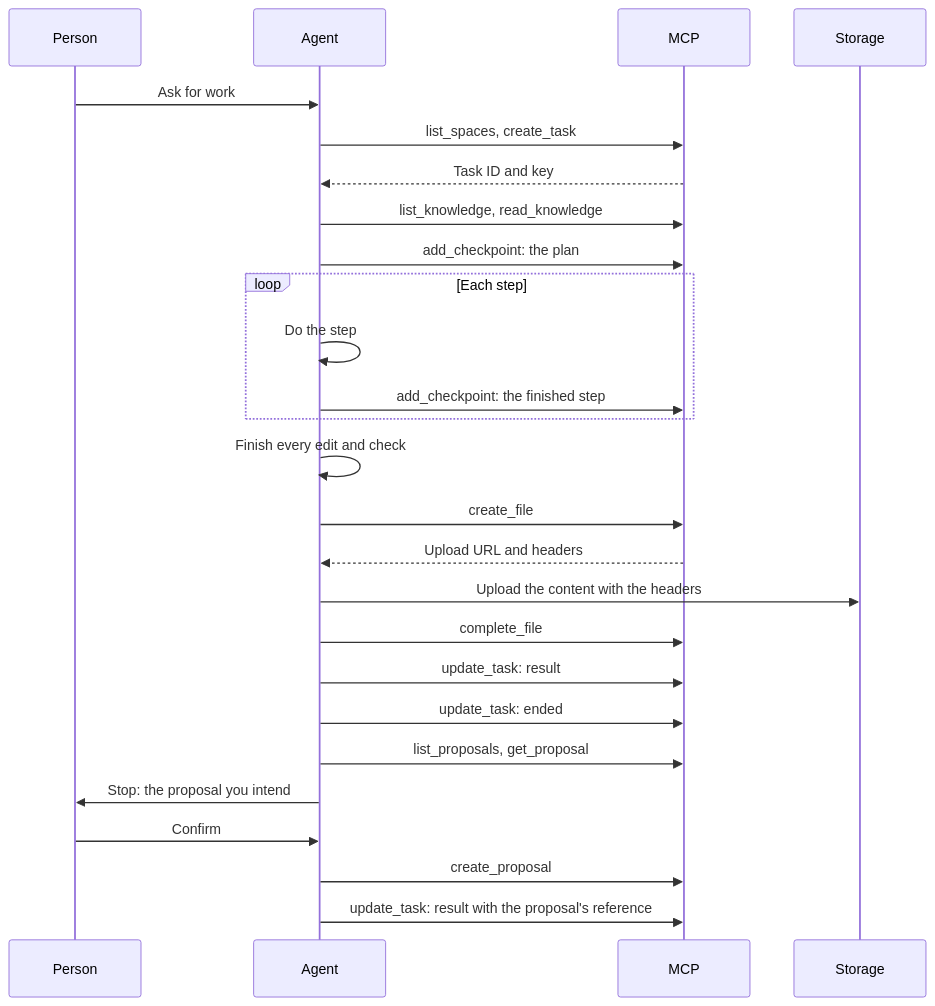
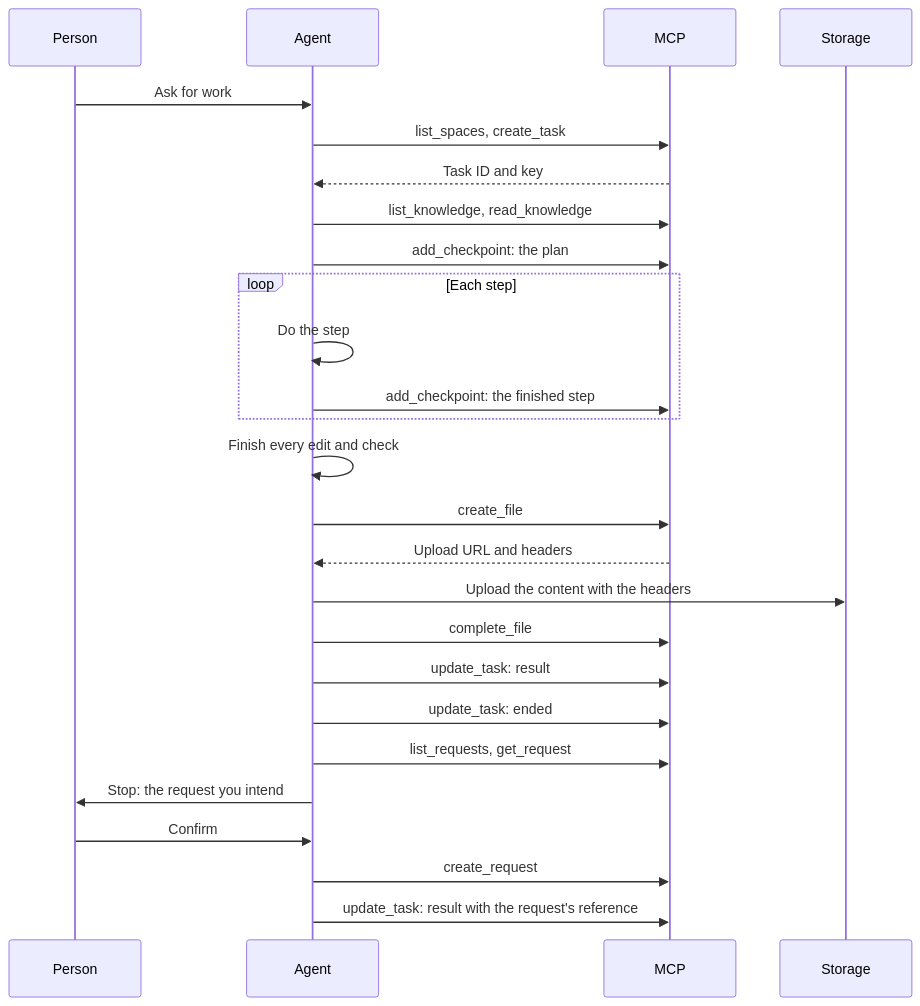
One commit to lorebayai/lorebay changed the diagram in lib/docs/contracts/agent-rules.md. Above: the diagram before and after it, drawn with Mermaid. The commit also changed other lines of this file and 74 other files, not shown here.

First line of the commit message:
refactor(requests): rename proposals to requests in every layer (#193)

````diff
--- a/lib/docs/contracts/agent-rules.md
+++ b/lib/docs/contracts/agent-rules.md
@@ -70,24 +70,24 @@
 ```mermaid
 sequenceDiagram
     Person->>Agent: Ask for work
     Agent->>MCP: list_spaces, create_task
     MCP-->>Agent: Task ID and key
     Agent->>MCP: list_knowledge, read_knowledge
     Agent->>MCP: add_checkpoint: the plan
     loop Each step
         Agent->>Agent: Do the step
         Agent->>MCP: add_checkpoint: the finished step
     end
     Agent->>Agent: Finish every edit and check
     Agent->>MCP: create_file
     MCP-->>Agent: Upload URL and headers
     Agent->>Storage: Upload the content with the headers
     Agent->>MCP: complete_file
     Agent->>MCP: update_task: result
     Agent->>MCP: update_task: ended
-    Agent->>MCP: list_proposals, get_proposal
-    Agent->>Person: Stop: the proposal you intend
+    Agent->>MCP: list_requests, get_request
+    Agent->>Person: Stop: the request you intend
     Person->>Agent: Confirm
-    Agent->>MCP: create_proposal
-    Agent->>MCP: update_task: result with the proposal's reference
+    Agent->>MCP: create_request
+    Agent->>MCP: update_task: result with the request's reference
 ```
````
